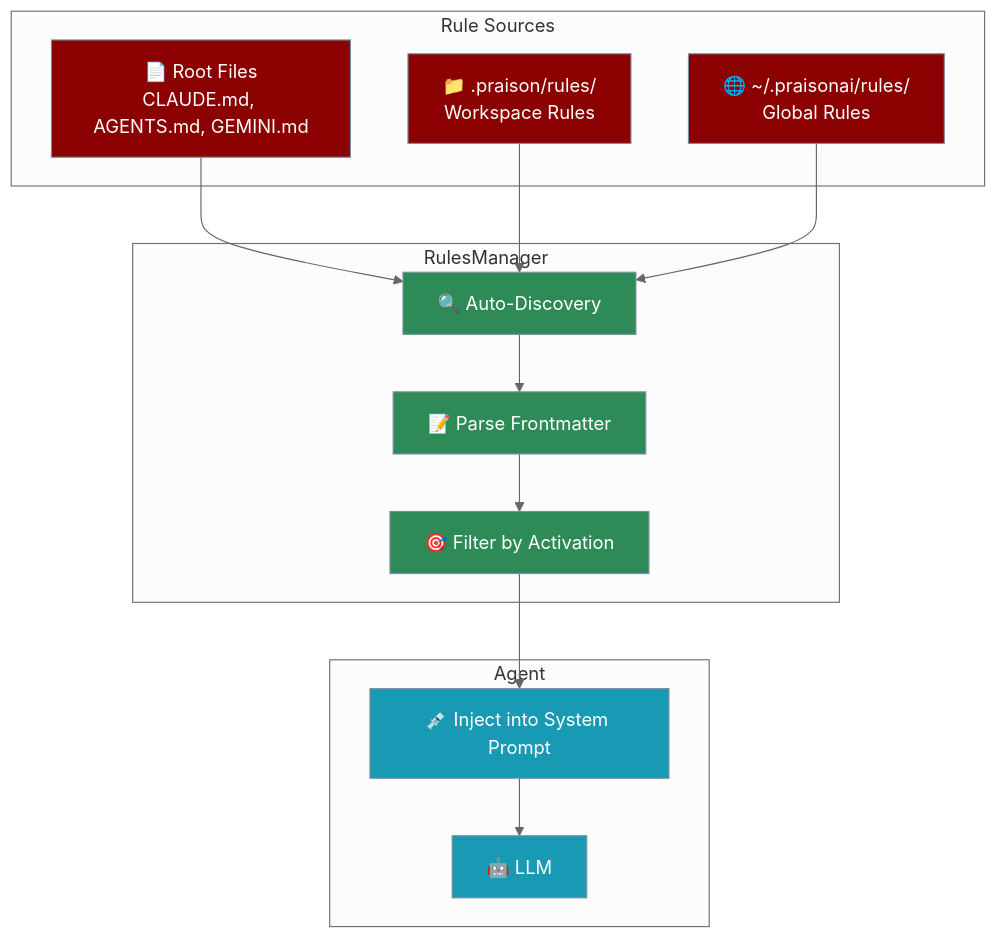
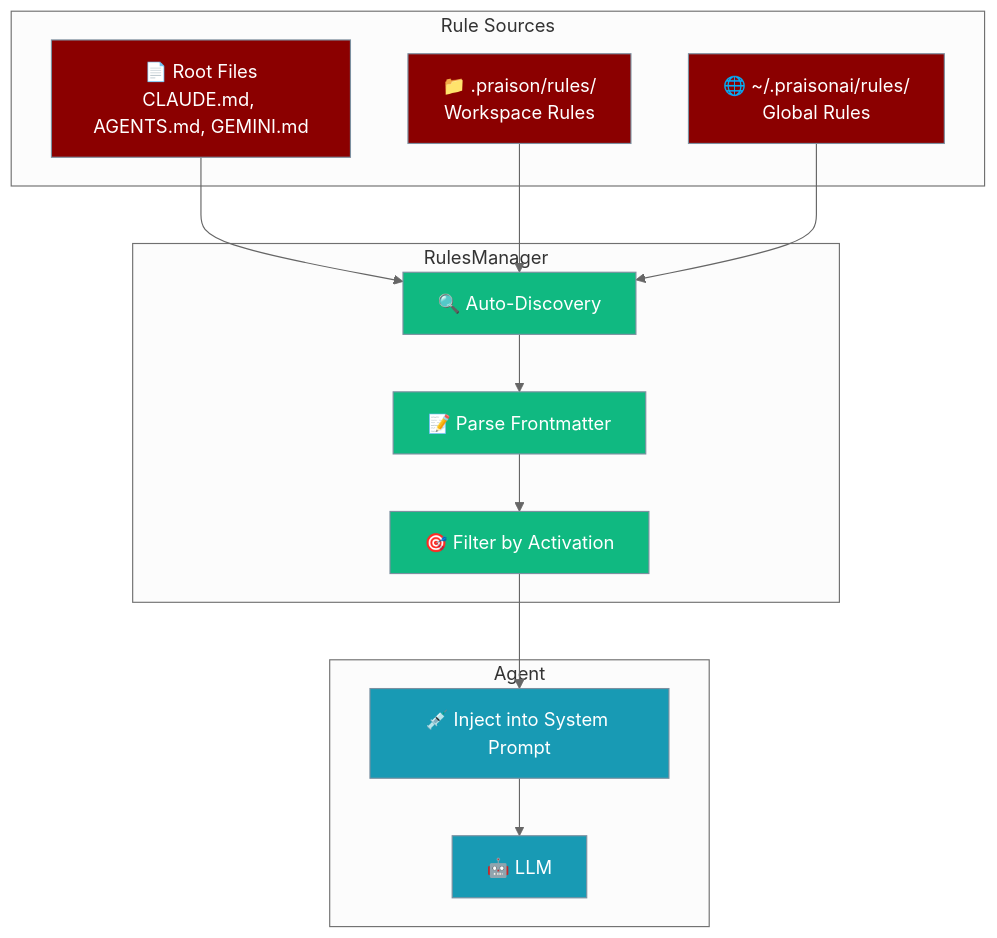
Before and after one commit to MervinPraison/PraisonAIDocs: the first of 2 diagrams in docs/features/rules.mdx, drawn with Mermaid (neutral theme). The commit also changed 10 other files, not shown here.

First line of the commit message:
docs: normalise §3.1 Mermaid palette in features + tools (fixes #1556)

````diff
--- a/docs/features/rules.mdx
+++ b/docs/features/rules.mdx
@@ -21,36 +21,36 @@
 ```mermaid
 graph TB
     subgraph "Rule Sources"
         ROOT["📄 Root Files<br/>CLAUDE.md, AGENTS.md, GEMINI.md"]
         WORKSPACE["📁 .praison/rules/<br/>Workspace Rules"]
         GLOBAL["🌐 ~/.praisonai/rules/<br/>Global Rules"]
     end
     
     subgraph "RulesManager"
         DISCOVER["🔍 Auto-Discovery"]
         PARSE["📝 Parse Frontmatter"]
         FILTER["🎯 Filter by Activation"]
     end
     
     subgraph "Agent"
         INJECT["💉 Inject into System Prompt"]
         LLM["🤖 LLM"]
     end
     
     ROOT --> DISCOVER
     WORKSPACE --> DISCOVER
     GLOBAL --> DISCOVER
     
     DISCOVER --> PARSE
     PARSE --> FILTER
     FILTER --> INJECT
     INJECT --> LLM
     
     classDef source fill:#8B0000,stroke:#7C90A0,color:#fff
-    classDef manager fill:#2E8B57,stroke:#7C90A0,color:#fff
+    classDef manager fill:#10B981,stroke:#7C90A0,color:#fff
     classDef agent fill:#189AB4,stroke:#7C90A0,color:#fff
     
     class ROOT,WORKSPACE,GLOBAL source
     class DISCOVER,PARSE,FILTER manager
     class INJECT,LLM agent
 ```
````
